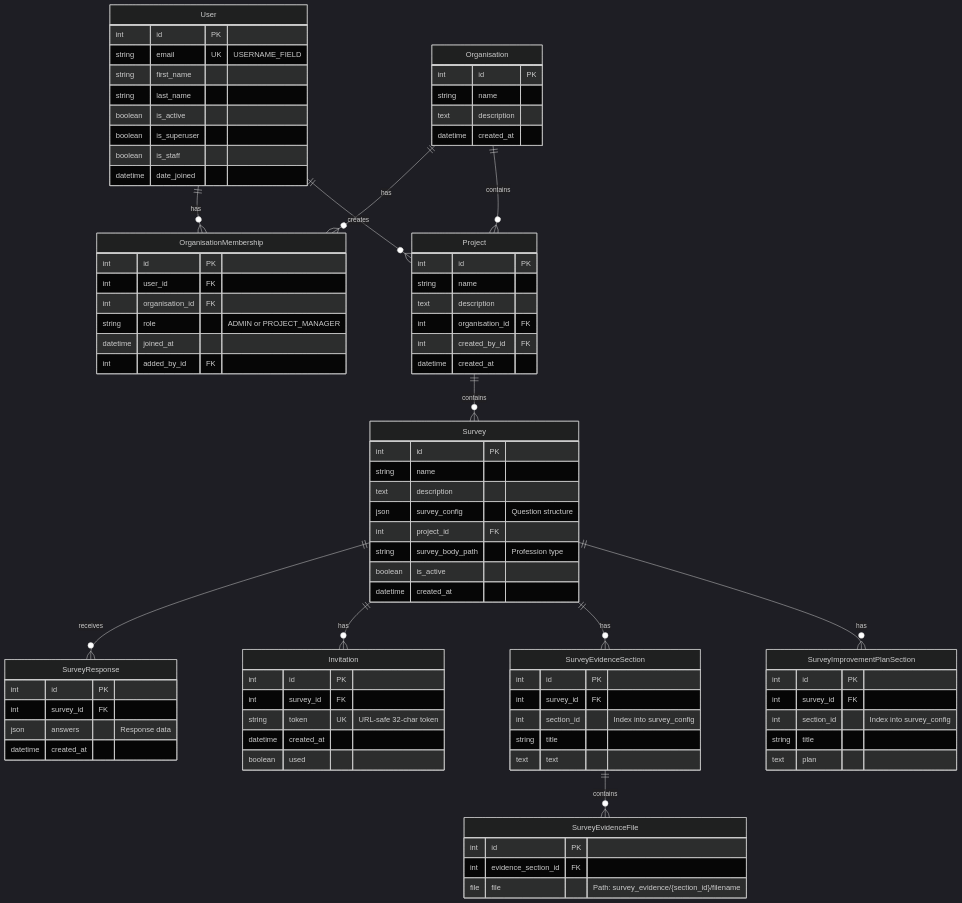
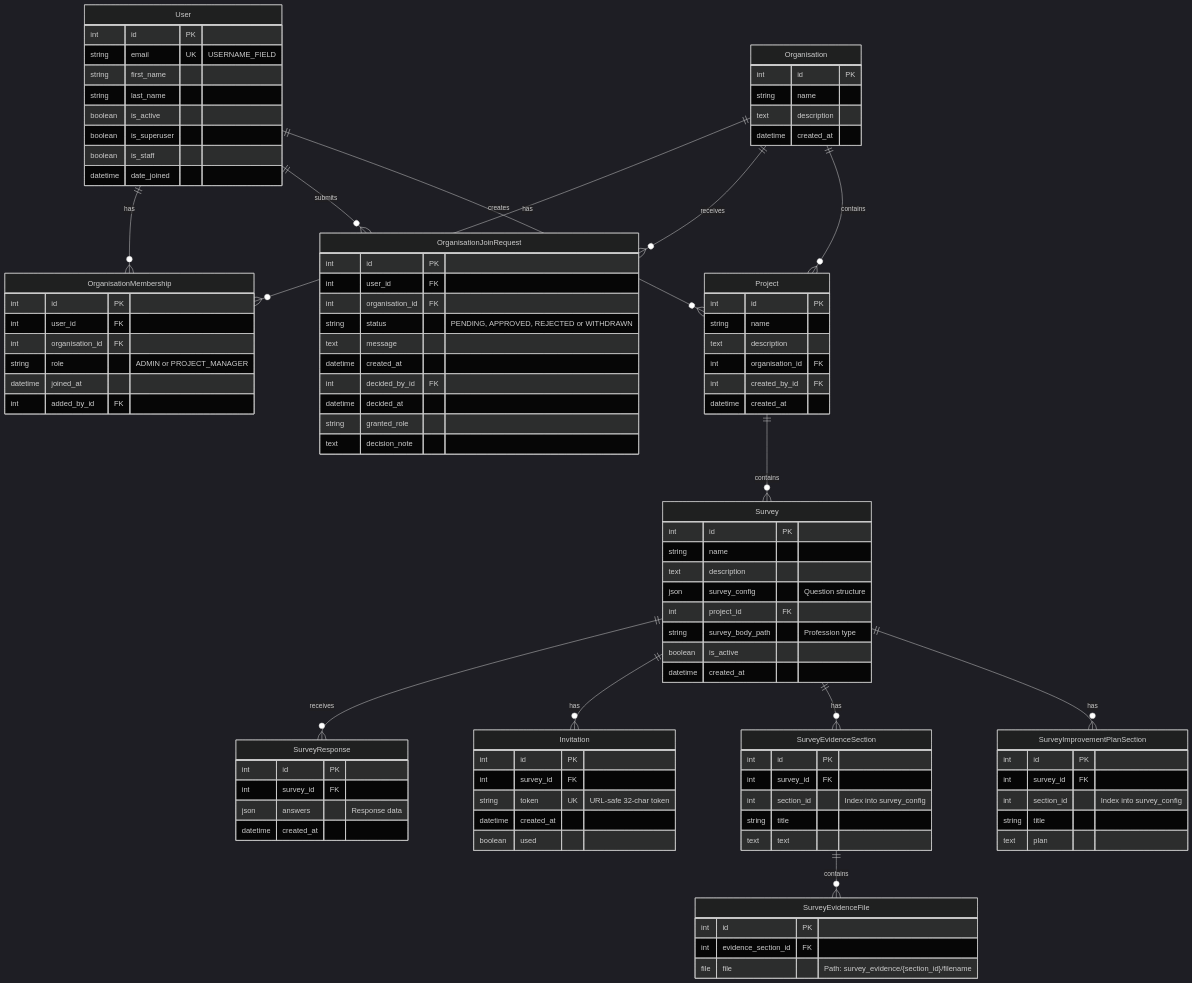
Before and after one commit to RSE-Sheffield/SORT: the diagram in docs/data-model.md, drawn with Mermaid (dark theme). The commit also changed other lines of this file and 44 other files, not shown here.

First line of the commit message:
feat: allow users to request to join an existing organisation (#697)

```diff
--- a/docs/data-model.md
+++ b/docs/data-model.md
@@ -8,6 +8,8 @@
 erDiagram
     User ||--o{ OrganisationMembership : "has"
     Organisation ||--o{ OrganisationMembership : "has"
+    User ||--o{ OrganisationJoinRequest : "submits"
+    Organisation ||--o{ OrganisationJoinRequest : "receives"
     Organisation ||--o{ Project : "contains"
     Project ||--o{ Survey : "contains"
     User ||--o{ Project : "creates"
@@ -42,6 +44,19 @@
         string role "ADMIN or PROJECT_MANAGER"
         datetime joined_at
         int added_by_id FK
+    }
+
+    OrganisationJoinRequest {
+        int id PK
+        int user_id FK
+        int organisation_id FK
+        string status "PENDING, APPROVED, REJECTED or WITHDRAWN"
+        text message
+        datetime created_at
+        int decided_by_id FK
+        datetime decided_at
+        string granted_role
+        text decision_note
     }
 
     Project {
```
